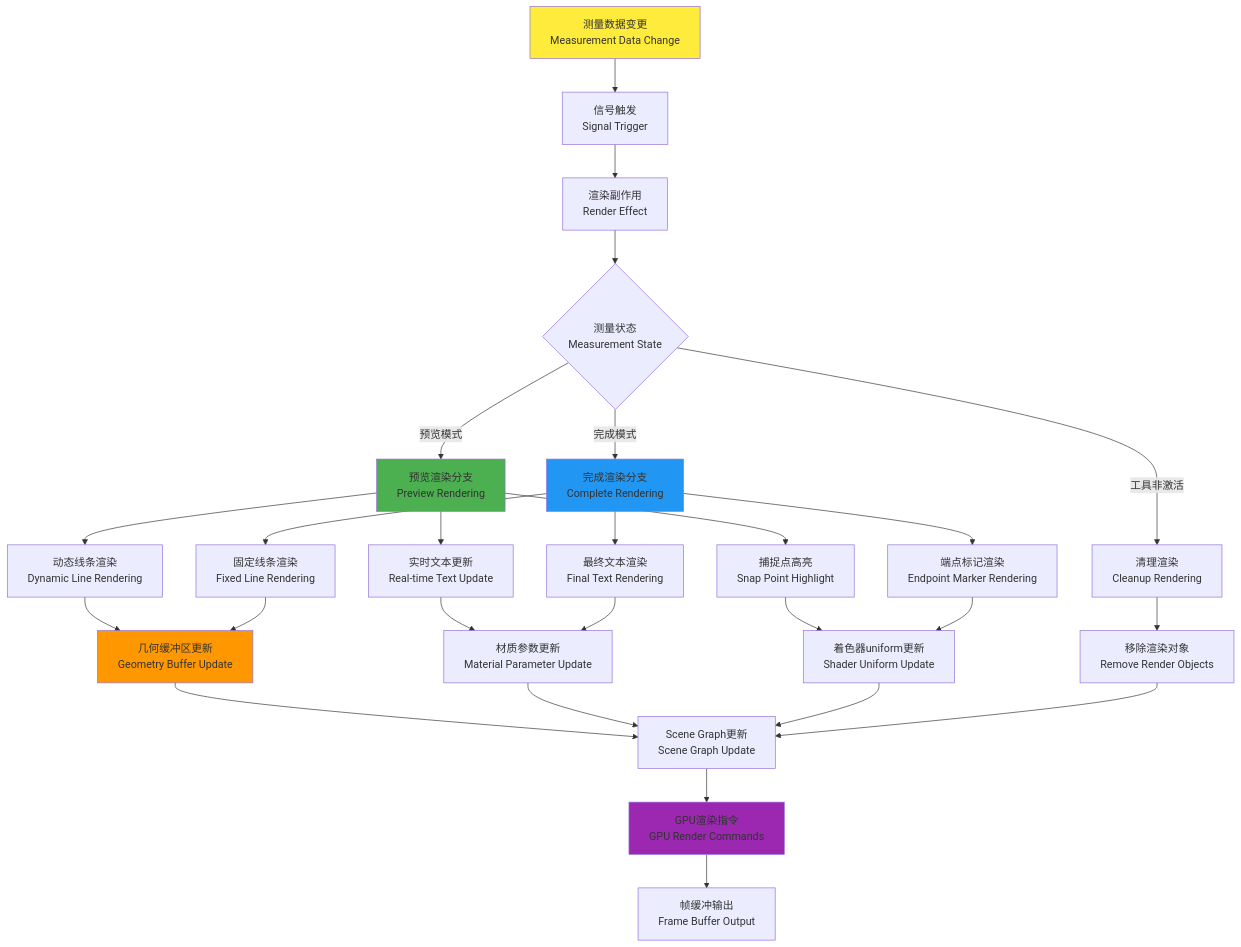
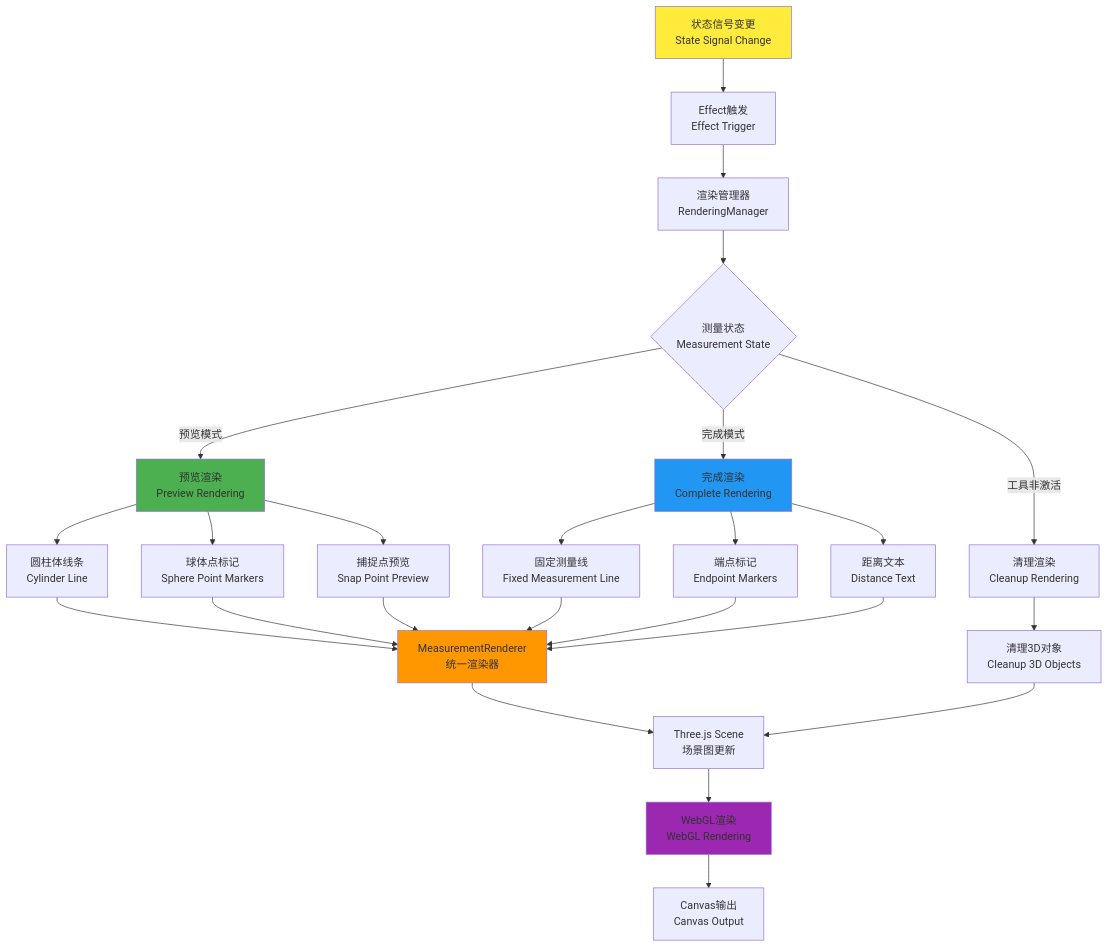
One commit to sjzsdu/tong-notes changed the sixth of 14 diagrams in content/posts/magicloud/uvf/task_measure.md. Above: the diagram before and after it, drawn with Mermaid. The commit also changed other lines of this file and 97 other files, not shown here.

Commit message:
feat(crewai): describe execution flow and design patterns

````diff
--- a/content/posts/magicloud/uvf/task_measure.md
+++ b/content/posts/magicloud/uvf/task_measure.md
@@ -294,43 +305,39 @@
 ```mermaid
 flowchart TD
-    A[测量数据变更<br/>Measurement Data Change] --> B[信号触发<br/>Signal Trigger]
-    B --> C[渲染副作用<br/>Render Effect]
+    A[状态信号变更<br/>State Signal Change] --> B[Effect触发<br/>Effect Trigger]
+    B --> C[渲染管理器<br/>RenderingManager]
     
     C --> D{测量状态<br/>Measurement State}
     
-    D -->|预览模式| E[预览渲染分支<br/>Preview Rendering]
-    D -->|完成模式| F[完成渲染分支<br/>Complete Rendering]
+    D -->|预览模式| E[预览渲染<br/>Preview Rendering]
+    D -->|完成模式| F[完成渲染<br/>Complete Rendering]
     D -->|工具非激活| G[清理渲染<br/>Cleanup Rendering]
     
-    E --> E1[动态线条渲染<br/>Dynamic Line Rendering]
-    E --> E2[实时文本更新<br/>Real-time Text Update]
-    E --> E3[捕捉点高亮<br/>Snap Point Highlight]
+    E --> E1[圆柱体线条<br/>Cylinder Line]
+    E --> E2[球体点标记<br/>Sphere Point Markers]
+    E --> E3[捕捉点预览<br/>Snap Point Preview]
     
-    F --> F1[固定线条渲染<br/>Fixed Line Rendering]
-    F --> F2[最终文本渲染<br/>Final Text Rendering]
-    F --> F3[端点标记渲染<br/>Endpoint Marker Rendering]
+    F --> F1[固定测量线<br/>Fixed Measurement Line]
+    F --> F2[端点标记<br/>Endpoint Markers]
+    F --> F3[距离文本<br/>Distance Text]
     
-    E1 --> H[几何缓冲区更新<br/>Geometry Buffer Update]
-    E2 --> I[材质参数更新<br/>Material Parameter Update]
-    E3 --> J[着色器uniform更新<br/>Shader Uniform Update]
+    E1 --> H[MeasurementRenderer<br/>统一渲染器]
+    E2 --> H
+    E3 --> H
+    F1 --> H
+    F2 --> H
+    F3 --> H
     
-    F1 --> H
-    F2 --> I
-    F3 --> J
+    H --> I[Three.js Scene<br/>场景图更新]
+    I --> J[WebGL渲染<br/>WebGL Rendering]
+    J --> K[Canvas输出<br/>Canvas Output]
     
-    H --> K[Scene Graph更新<br/>Scene Graph Update]
-    I --> K
-    J --> K
-    
-    K --> L[GPU渲染指令<br/>GPU Render Commands]
-    L --> M[帧缓冲输出<br/>Frame Buffer Output]
-    
-    G --> N[移除渲染对象<br/>Remove Render Objects]
-    N --> K
+    G --> L[清理3D对象<br/>Cleanup 3D Objects]
+    L --> I
     
     style A fill:#ffeb3b
     style E fill:#4caf50
     style F fill:#2196f3
     style H fill:#ff9800
-    style L fill:#9c27b0
+    style J fill:#9c27b0
 ```
````
